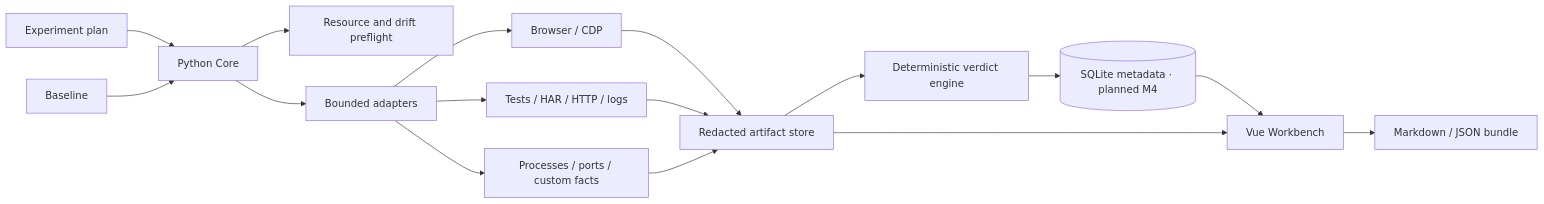
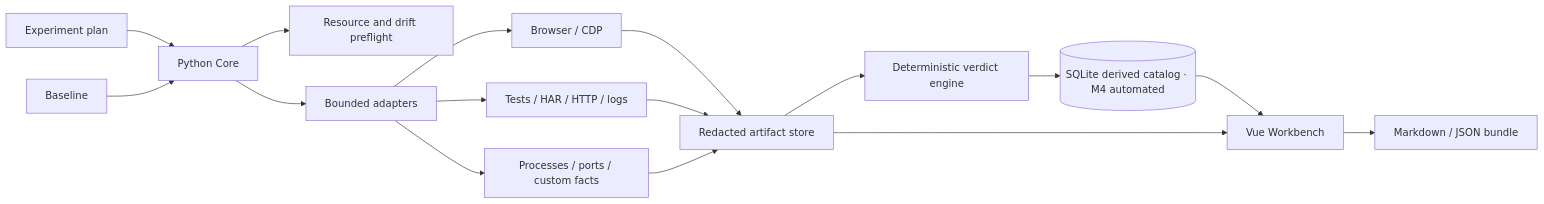
The diagram in docs/02-architecture.md (NoctilumeDev/VeriTrail), drawn with Mermaid before and after one commit. The commit also changed other lines of this file and 25 other files, not shown here.

````diff
--- a/docs/02-architecture.md
+++ b/docs/02-architecture.md
@@ -10,18 +10,18 @@
 ```mermaid
 flowchart LR
     Plan["Experiment plan"] --> Core["Python Core"]
     Baseline["Baseline"] --> Core
     Core --> Preflight["Resource and drift preflight"]
     Core --> Adapters["Bounded adapters"]
     Adapters --> Browser["Browser / CDP"]
     Adapters --> Imports["Tests / HAR / HTTP / logs"]
     Adapters --> Facts["Processes / ports / custom facts"]
     Browser --> Artifacts["Redacted artifact store"]
     Imports --> Artifacts
     Facts --> Artifacts
     Artifacts --> Rules["Deterministic verdict engine"]
-    Rules --> SQLite[("SQLite metadata · planned M4")]
+    Rules --> SQLite[("SQLite derived catalog · M4 automated")]
     SQLite --> UI["Vue Workbench"]
     Artifacts --> UI
     UI --> Export["Markdown / JSON bundle"]
 ```
````
